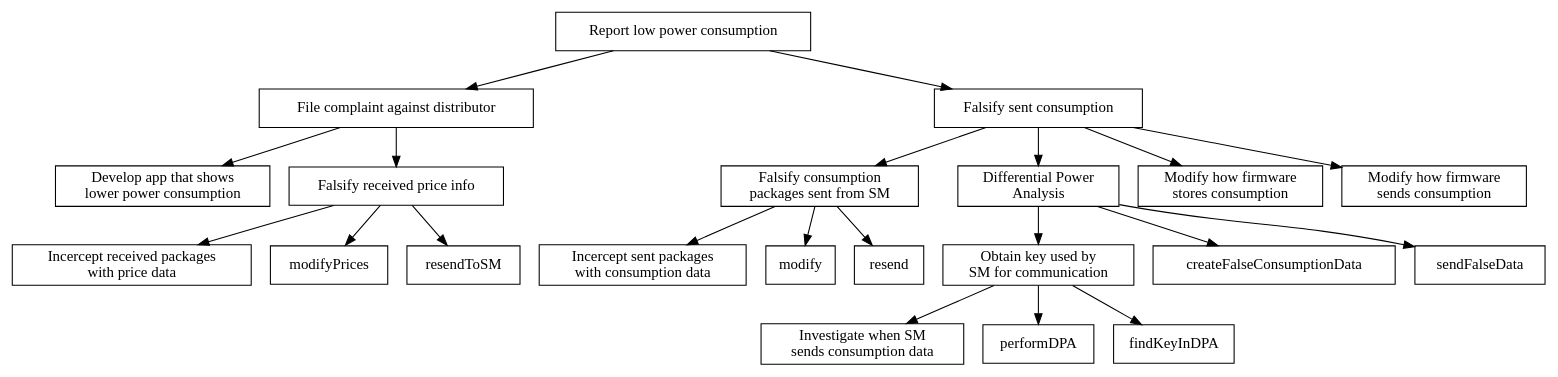
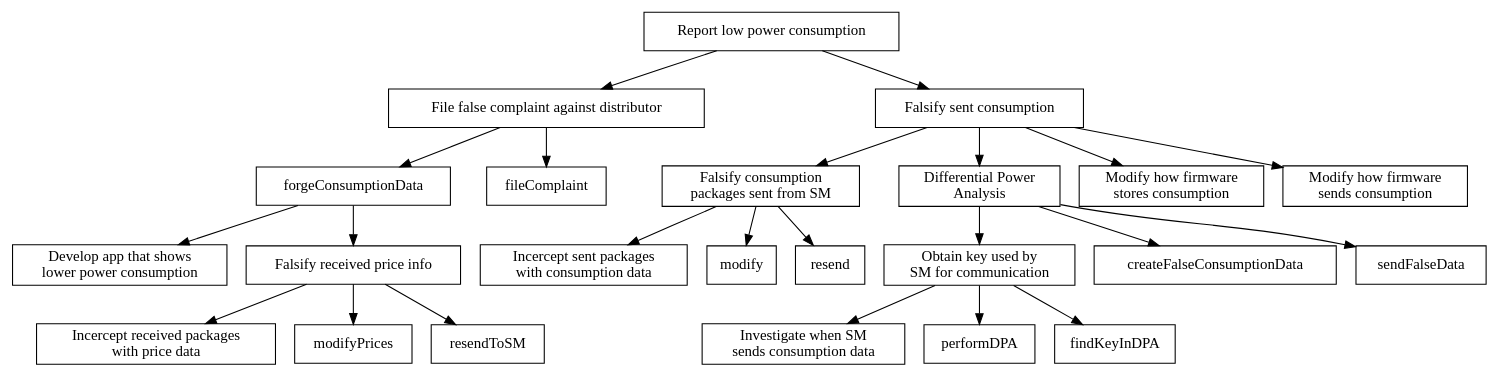
One commit to des904e15/report changed the diagram in figures/graphviz/consumer.dot. Above: the diagram before and after it, drawn with Graphviz. The commit also changed 13 other files, not shown here.

```diff
--- a/figures/graphviz/consumer.dot
+++ b/figures/graphviz/consumer.dot
@@ -1,58 +1,62 @@
 digraph G {
 
 // graph[ center=true, margin=0.2, nodesep=0.1, ranksep=0.3];
 node[ shape=rectangle];
 
 root [label="Report low power consumption", shape=OR];
-complaint [label="File complaint against distributor",shape=OR];
+complaint [label="File false complaint against distributor",shape=AND];
 falsify [label="Falsify sent consumption",shape=OR];
 
 
 
 //COMPLAINT SUBTREE
 root -> complaint;
 
+forgeConsumptionData[shape=OR];
+complaint -> forgeConsumptionData
+complaint -> fileComplaint
+
 app[label="Develop app that shows \nlower power consumption"];
-complaint ->  app;
+forgeConsumptionData ->  app;
 
 falsifyReceived[label="Falsify received price info",shape=AND];
-complaint -> falsifyReceived;
+forgeConsumptionData -> falsifyReceived;
 interceptReceived[label="Incercept received packages \nwith price data"];
 falsifyReceived -> interceptReceived;
 falsifyReceived -> modifyPrices;
 falsifyReceived -> resendToSM;
 
 
 //FALSIFY SUBTREE
 root -> falsify;
 
 package[label="Falsify consumption \npackages sent from SM",shape=AND];
 falsify ->	package;
 intercept[label="Incercept sent packages \nwith consumption data"];
 package -> intercept;
 package -> modify;
 package -> resend;
 
 DPA[label="Differential Power \nAnalysis",shape=AND];
 falsify -> DPA;
 DPA -> obtainKey;
 whenSend[label="Investigate when SM \nsends consumption data"];
 obtainKey[label="Obtain key used by \nSM for communication",shape=AND];
 obtainKey -> whenSend;
 obtainKey -> performDPA;
 obtainKey -> findKeyInDPA;
 DPA -> createFalseConsumptionData;
 DPA -> sendFalseData;
 
 ModifyFWstore[label="Modify how firmware \nstores consumption"];
 falsify -> ModifyFWstore;
 
 
 ModifyFWsend[label="Modify how firmware \nsends consumption"];
 falsify -> ModifyFWsend;
 
 
 
 
 
 }
```
